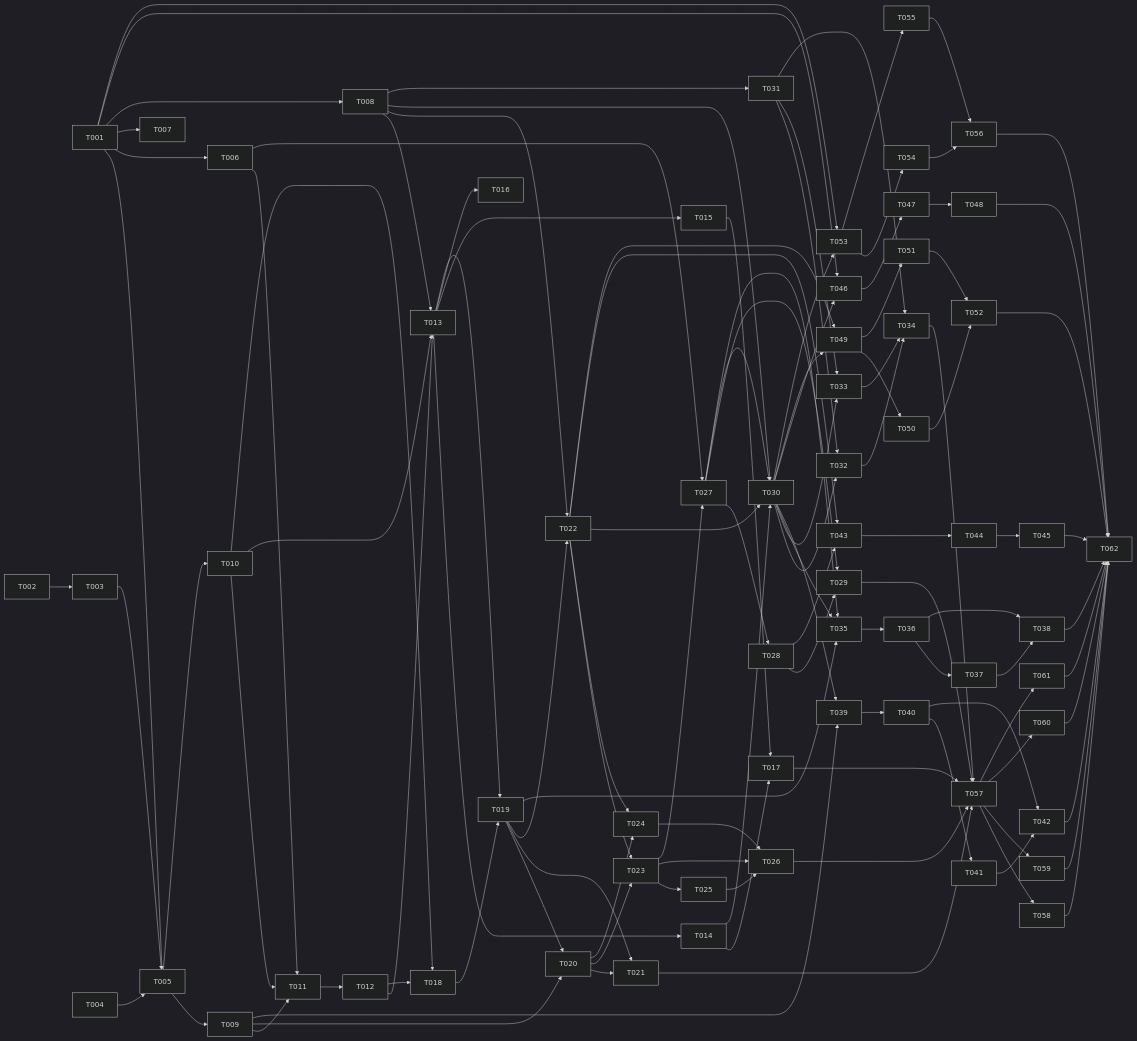
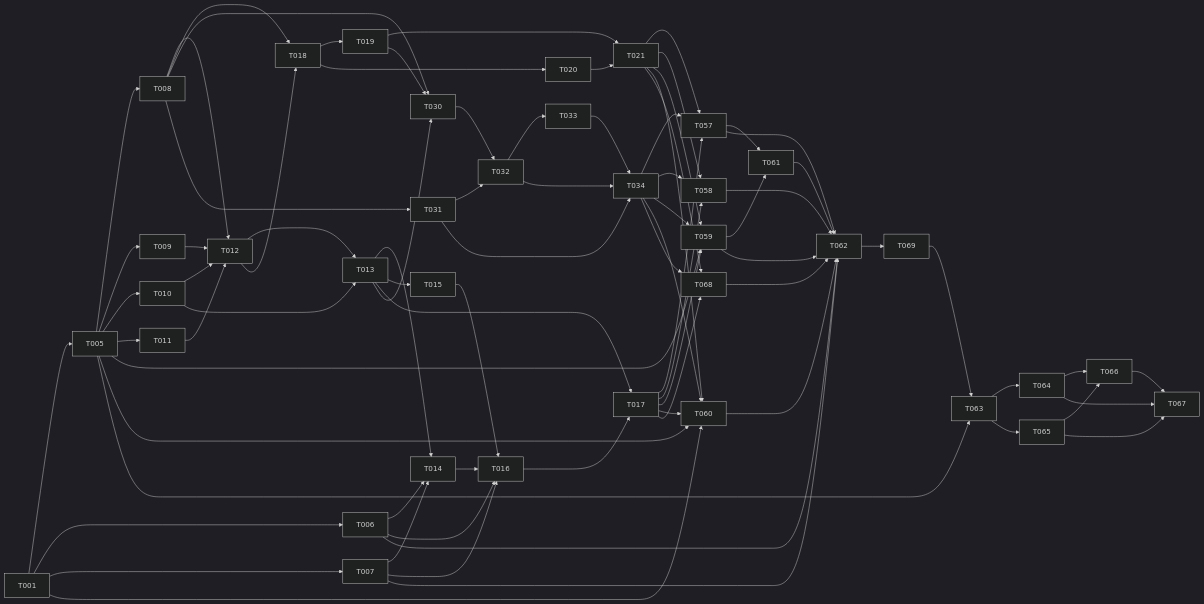
One commit to UnderUndre/undreseller changed the diagram in specs/003-commerce-operations-capability-packs/tasks.md. Above: the diagram before and after it, drawn with Mermaid (dark theme). The commit also changed other lines of this file and 10 other files, not shown here.

````diff
--- a/specs/003-commerce-operations-capability-packs/tasks.md
+++ b/specs/003-commerce-operations-capability-packs/tasks.md
@@ -281,63 +316,38 @@
 ```mermaid
 graph LR
     T001 --> T005
     T001 --> T006
     T001 --> T007
-    T001 --> T008
-    T002 --> T003
-    T003 & T004 --> T005
+    T005 --> T008
     T005 --> T009
     T005 --> T010
-    T006 & T009 & T010 --> T011
-    T011 --> T012
-    T008 & T010 & T012 --> T013
-    T013 --> T014
+    T005 --> T011
+    T008 & T009 & T010 & T011 --> T012
+    T010 & T012 --> T013
+    T006 & T007 & T013 --> T014
     T013 --> T015
-    T013 --> T016
-    T014 & T015 --> T017
-    T010 & T012 --> T018
-    T013 & T018 --> T019
-    T009 & T019 --> T020
+    T006 & T007 & T014 & T015 --> T016
+    T013 & T016 --> T017
+    T008 & T012 --> T018
+    T018 --> T019
+    T018 --> T020
     T019 & T020 --> T021
-    T008 & T019 --> T022
-    T020 & T022 --> T023
-    T020 & T022 --> T024
-    T023 --> T025
-    T023 & T024 & T025 --> T026
-    T006 & T023 --> T027
-    T027 --> T028
-    T027 & T028 --> T029
-    T008 & T014 & T022 & T027 --> T030
+    T008 & T013 & T019 --> T030
     T008 --> T031
     T030 & T031 --> T032
-    T030 & T031 --> T033
+    T032 --> T033
     T031 & T032 & T033 --> T034
-    T019 & T027 & T030 --> T035
-    T035 --> T036
-    T036 --> T037
-    T036 & T037 --> T038
-    T009 & T030 --> T039
-    T039 --> T040
-    T040 --> T041
-    T040 & T041 --> T042
-    T022 & T028 --> T043
-    T043 --> T044
-    T044 --> T045
-    T001 & T030 --> T046
-    T046 --> T047
-    T047 --> T048
-    T022 & T030 --> T049
-    T049 --> T050
-    T049 --> T051
-    T050 & T051 --> T052
-    T001 & T030 --> T053
-    T053 --> T054
-    T053 --> T055
-    T054 & T055 --> T056
-    T017 & T021 & T026 & T029 & T034 --> T057
-    T057 --> T058
-    T057 --> T059
-    T057 --> T060
-    T057 --> T061
-    T038 & T042 & T045 & T048 & T052 & T056 & T058 & T059 & T060 & T061 --> T062
+    T017 & T021 & T034 --> T057
+    T017 & T021 & T034 --> T058
+    T005 & T017 & T021 & T034 --> T059
+    T001 & T005 & T017 & T021 & T034 --> T060
+    T057 & T059 --> T061
+    T017 & T021 & T034 --> T068
+    T006 & T007 & T057 & T058 & T059 & T060 & T061 & T068 --> T062
+    T062 --> T069
+    T005 & T069 --> T063
+    T063 --> T064
+    T063 --> T065
+    T064 & T065 --> T066
+    T064 & T065 & T066 --> T067
 ```
````
